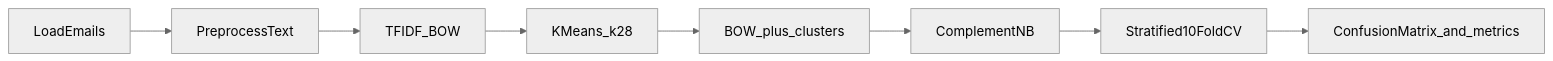
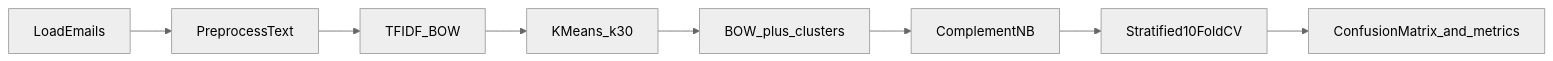
The diagram in README.md (rhines7/spam-classifier-naive-bayes), drawn with Mermaid (neutral theme) before and after one commit. The commit also changed other lines of this file and 14 other files, not shown here.

````diff
--- a/README.md
+++ b/README.md
@@ -18,10 +20,10 @@
 ```mermaid
 flowchart LR
   load[LoadEmails] --> preprocess[PreprocessText]
   preprocess --> tfidf[TFIDF_BOW]
-  tfidf --> cluster[KMeans_k28]
+  tfidf --> cluster[KMeans_k30]
   cluster --> features[BOW_plus_clusters]
   features --> nb[ComplementNB]
   nb --> cv[Stratified10FoldCV]
   cv --> eval[ConfusionMatrix_and_metrics]
 ```
````
